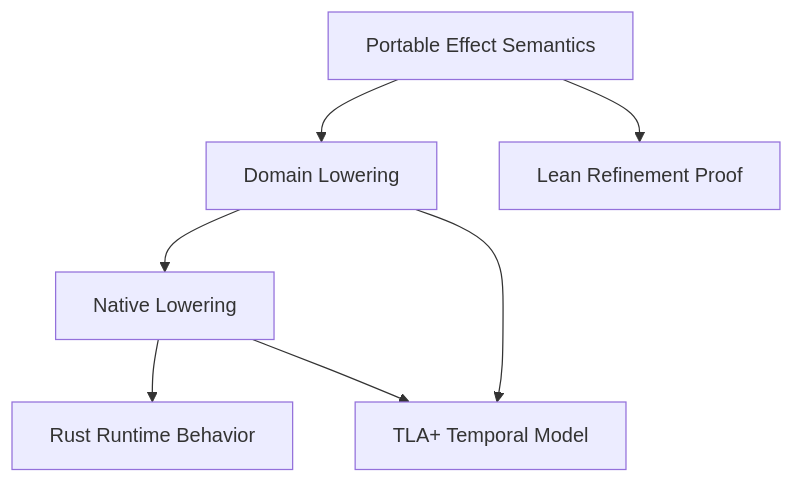
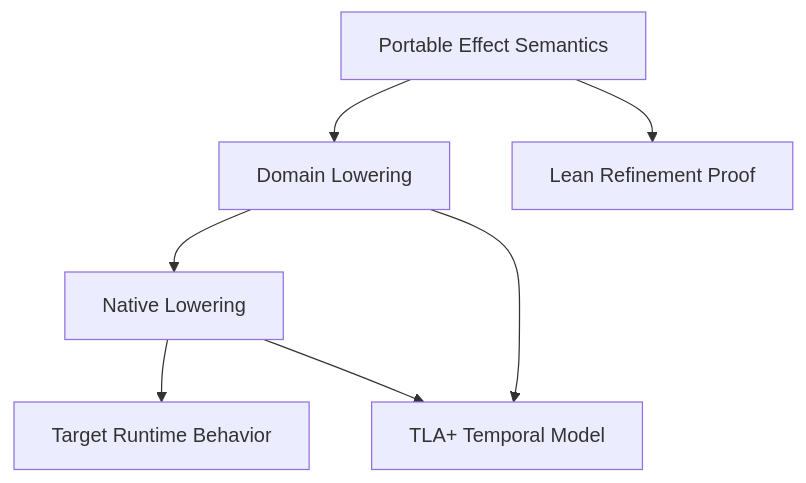
Before and after one commit to Tuee22/effectful: the sixth of 24 diagrams in documents/dsl/dsl_compiler_morphology.md, drawn with Mermaid. The commit also changed other lines of this file and 8 other files, not shown here.

````diff
--- a/documents/dsl/dsl_compiler_morphology.md
+++ b/documents/dsl/dsl_compiler_morphology.md
@@ -391,9 +423,9 @@
 ```mermaid
 flowchart TD
     A[Portable Effect Semantics] --> B[Domain Lowering]
     B --> C[Native Lowering]
-    C --> D[Rust Runtime Behavior]
+    C --> D[Target Runtime Behavior]
     A --> E[Lean Refinement Proof]
     B --> F[TLA+ Temporal Model]
     C --> F
 ```
````
